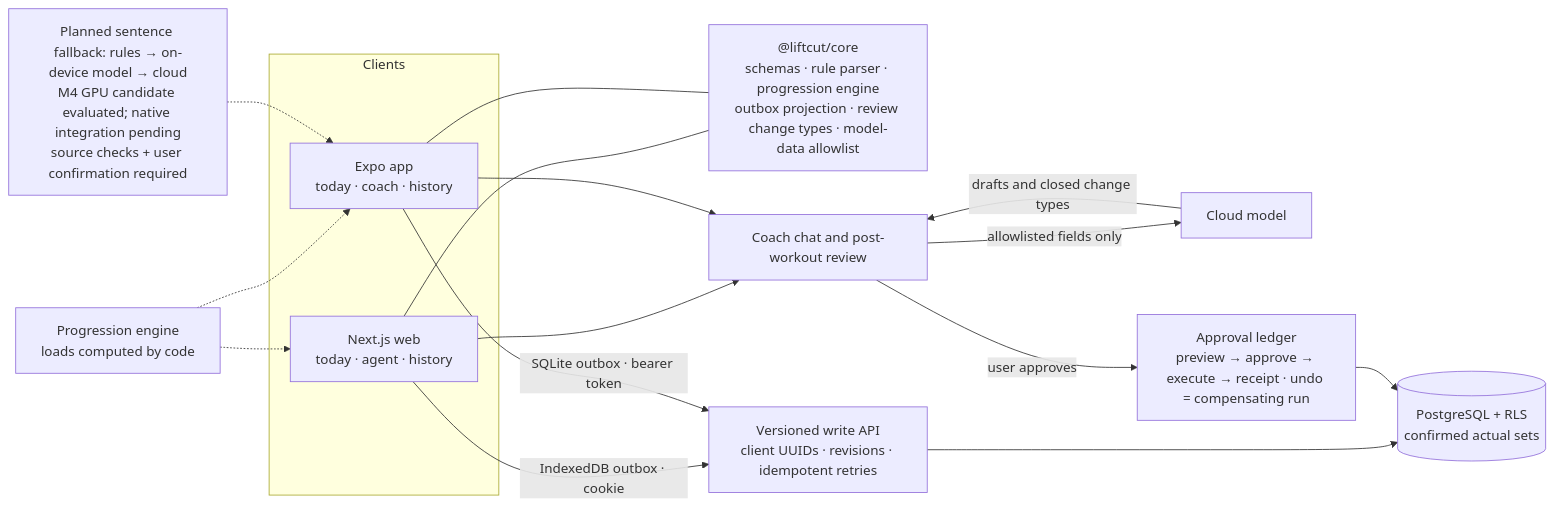
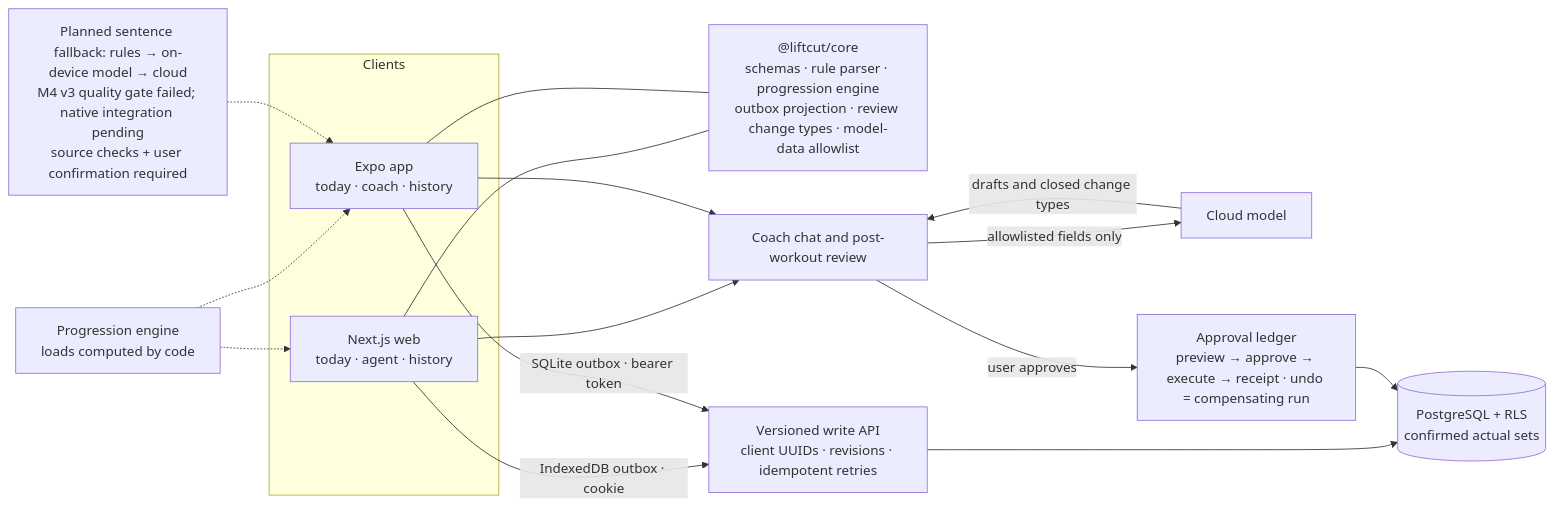
Before and after one commit to Townzc/liftcut-tracker: the second of 2 diagrams in README.md, drawn with Mermaid. The commit also changed other lines of this file and 17 other files, not shown here.

````diff
--- a/README.md
+++ b/README.md
@@ -122,21 +122,21 @@
 ```mermaid
 flowchart LR
   subgraph Clients
     Web["Next.js web<br/>today · agent · history"]
     Mobile["Expo app<br/>today · coach · history"]
   end
   Core["@liftcut/core<br/>schemas · rule parser · progression engine<br/>outbox projection · review change types · model-data allowlist"]
   Web --- Core
   Mobile --- Core
   Web -->|"IndexedDB outbox · cookie"| API["Versioned write API<br/>client UUIDs · revisions · idempotent retries"]
   Mobile -->|"SQLite outbox · bearer token"| API
   API --> DB[("PostgreSQL + RLS<br/>confirmed actual sets")]
   Web & Mobile --> Coach["Coach chat and post-workout review"]
   Coach -->|"allowlisted fields only"| Model["Cloud model"]
   Model -->|"drafts and closed change types"| Coach
   Coach -->|"user approves"| Ledger["Approval ledger<br/>preview → approve → execute → receipt · undo = compensating run"]
   Ledger --> DB
   Engine["Progression engine<br/>loads computed by code"] -.-> Web
   Engine -.-> Mobile
-  Parser["Planned sentence fallback: rules → on-device model → cloud<br/>M4 GPU candidate evaluated; native integration pending<br/>source checks + user confirmation required"] -.-> Mobile
+  Parser["Planned sentence fallback: rules → on-device model → cloud<br/>M4 v3 quality gate failed; native integration pending<br/>source checks + user confirmation required"] -.-> Mobile
 ```
````
